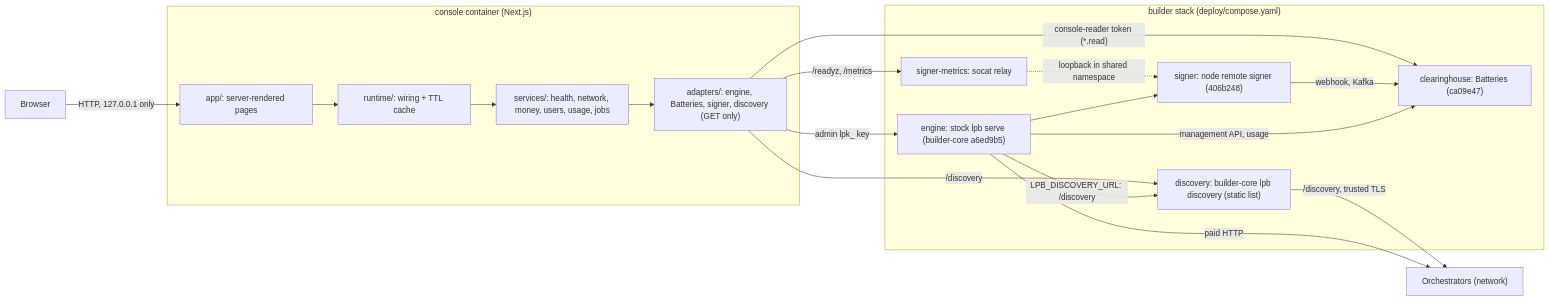
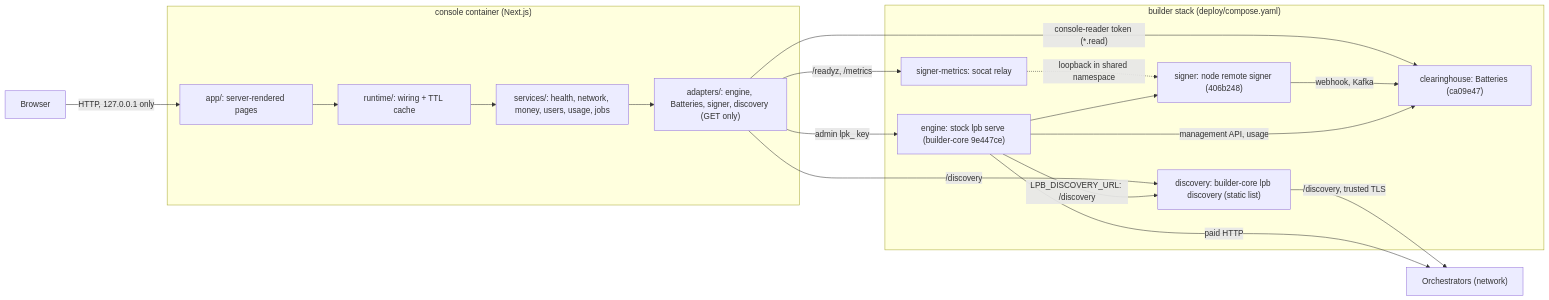
The first of 2 diagrams in ARCHITECTURE.md (NE-Build-Track/builder-core-console), drawn with Mermaid before and after one commit. The commit also changed 39 other files, not shown here.

First line of the commit message:
feat(m3): re-pin builder-core 9e447ce and show D58-D61 in the console

````diff
--- a/ARCHITECTURE.md
+++ b/ARCHITECTURE.md
@@ -9,27 +9,27 @@
 ```mermaid
 flowchart LR
     Browser["Browser"]
     subgraph Console["console container (Next.js)"]
         Pages["app/: server-rendered pages"]
         RT["runtime/: wiring + TTL cache"]
         SVC["services/: health, network, money, users, usage, jobs"]
         AD["adapters/: engine, Batteries, signer, discovery (GET only)"]
     end
     subgraph Stack["builder stack (deploy/compose.yaml)"]
-        Engine["engine: stock lpb serve (builder-core a6ed9b5)"]
+        Engine["engine: stock lpb serve (builder-core 9e447ce)"]
         Bat["clearinghouse: Batteries (ca09e47)"]
         Signer["signer: node remote signer (406b248)"]
         Relay["signer-metrics: socat relay"]
         Disc["discovery: builder-core lpb discovery (static list)"]
     end
     Orch["Orchestrators (network)"]
     Browser -->|"HTTP, 127.0.0.1 only"| Pages --> RT --> SVC --> AD
     AD -->|"admin lpk_ key"| Engine
     AD -->|"console-reader token (*.read)"| Bat
     AD -->|"/discovery"| Disc
     AD -->|"/readyz, /metrics"| Relay -.->|"loopback in shared namespace"| Signer
     Engine --> Signer -->|"webhook, Kafka"| Bat
     Engine -->|"LPB_DISCOVERY_URL: /discovery"| Disc -->|"/discovery, trusted TLS"| Orch
     Engine -->|"paid HTTP"| Orch
     Engine -->|"management API, usage"| Bat
 ```
````
